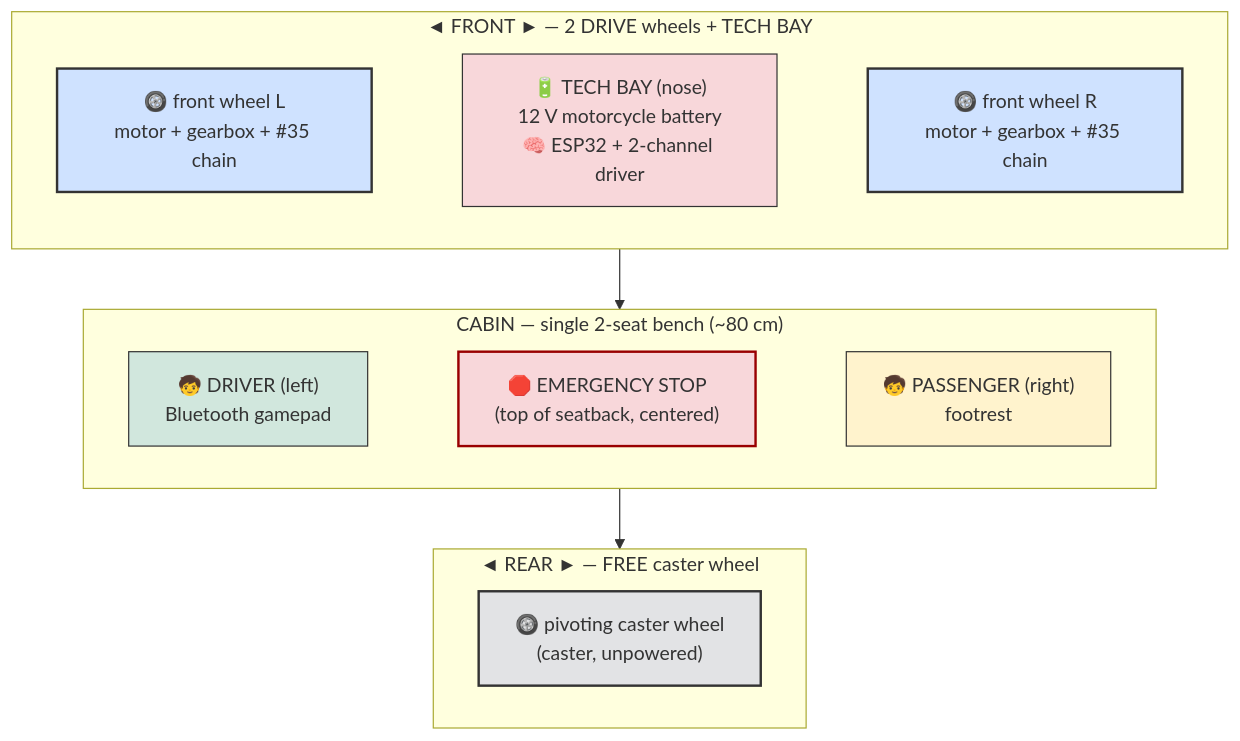
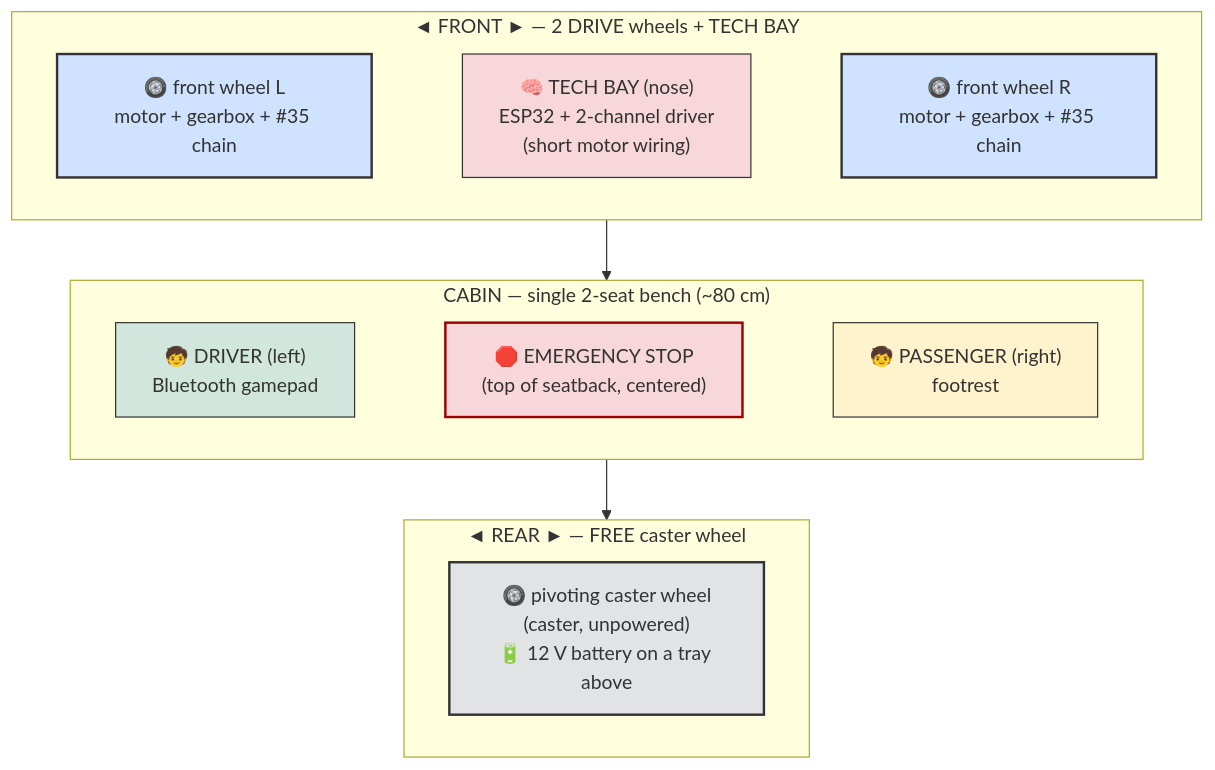
One commit to pinkymaxou/powered-soapbox-car changed the first of 9 diagrams in README.md. Above: the diagram before and after it, drawn with Mermaid. The commit also changed other lines of this file and 8 other files, not shown here.

````diff
--- a/README.md
+++ b/README.md
@@ -31,35 +31,35 @@
 ```mermaid
 flowchart TB
     subgraph AV["◄ FRONT ► — 2 DRIVE wheels + TECH BAY"]
         direction LR
         AVG["🛞 front wheel L<br/>motor + gearbox + #35 chain"]
-        BAY["🔋 TECH BAY (nose)<br/>12 V motorcycle battery<br/>🧠 ESP32 + 2-channel driver"]
+        BAY["🧠 TECH BAY (nose)<br/>ESP32 + 2-channel driver<br/>(short motor wiring)"]
         AVD["🛞 front wheel R<br/>motor + gearbox + #35 chain"]
         AVG ~~~ BAY ~~~ AVD
     end
     subgraph CAB["CABIN — single 2-seat bench (~80 cm)"]
         direction LR
         COND["🧒 DRIVER (left)<br/>Bluetooth gamepad"]
         SEP["🛑 EMERGENCY STOP<br/>(top of seatback, centered)"]
         PASS["🧒 PASSENGER (right)<br/>footrest"]
         COND ~~~ SEP ~~~ PASS
     end
     subgraph AR["◄ REAR ► — FREE caster wheel"]
         direction LR
-        ARC["🛞 pivoting caster wheel<br/>(caster, unpowered)"]
+        ARC["🛞 pivoting caster wheel<br/>(caster, unpowered)<br/>🔋 12 V battery on a tray above"]
     end
     AV --> CAB --> AR
 
     classDef wheel fill:#cfe2ff,stroke:#333,stroke-width:2px;
     classDef caster fill:#e2e3e5,stroke:#333,stroke-width:2px;
     classDef drv fill:#d1e7dd,stroke:#333;
     classDef pas fill:#fff3cd,stroke:#333;
     classDef elec fill:#f8d7da,stroke:#333;
     classDef estop fill:#f8d7da,stroke:#900,stroke-width:2px;
     class AVG,AVD wheel;
     class ARC caster;
     class COND drv;
     class PASS pas;
     class BAY elec;
     class SEP estop;
 ```
````
